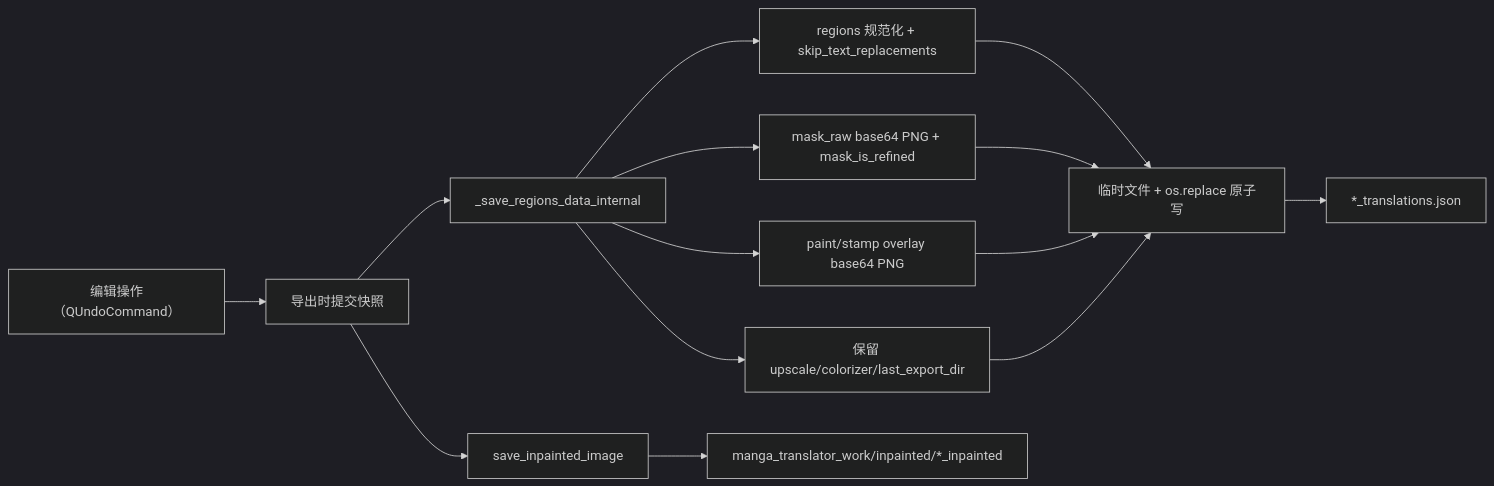
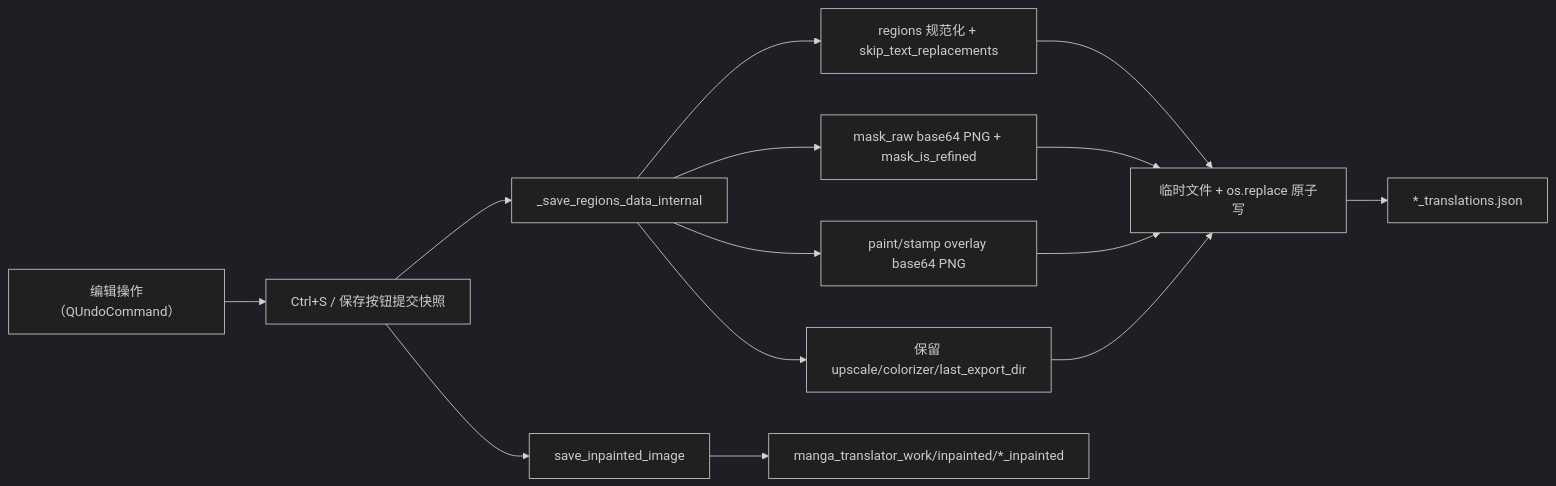
Before and after one commit to hgmzhn/manga-translator-ui: the third of 3 diagrams in doc/wiki/zh/desktop/editor/import-export-and-writeback.md, drawn with Mermaid (dark theme). The commit also changed other lines of this file and 12 other files, not shown here.

````diff
--- a/doc/wiki/zh/desktop/editor/import-export-and-writeback.md
+++ b/doc/wiki/zh/desktop/editor/import-export-and-writeback.md
@@ -133,16 +135,16 @@
 ```mermaid
 flowchart LR
-    A["编辑操作（QUndoCommand）"] --> B["导出时提交快照"]
+    A["编辑操作（QUndoCommand）"] --> B["Ctrl+S / 保存按钮提交快照"]
     B --> C["_save_regions_data_internal"]
     C --> C1["regions 规范化 + skip_text_replacements"]
     C --> C2["mask_raw base64 PNG + mask_is_refined"]
     C --> C3["paint/stamp overlay base64 PNG"]
     C --> C4["保留 upscale/colorizer/last_export_dir"]
     C1 --> D["临时文件 + os.replace 原子写"]
     C2 --> D
     C3 --> D
     C4 --> D
     D --> E["*_translations.json"]
     B --> F["save_inpainted_image"]
     F --> G["manga_translator_work/inpainted/*_inpainted"]
 ```
````
